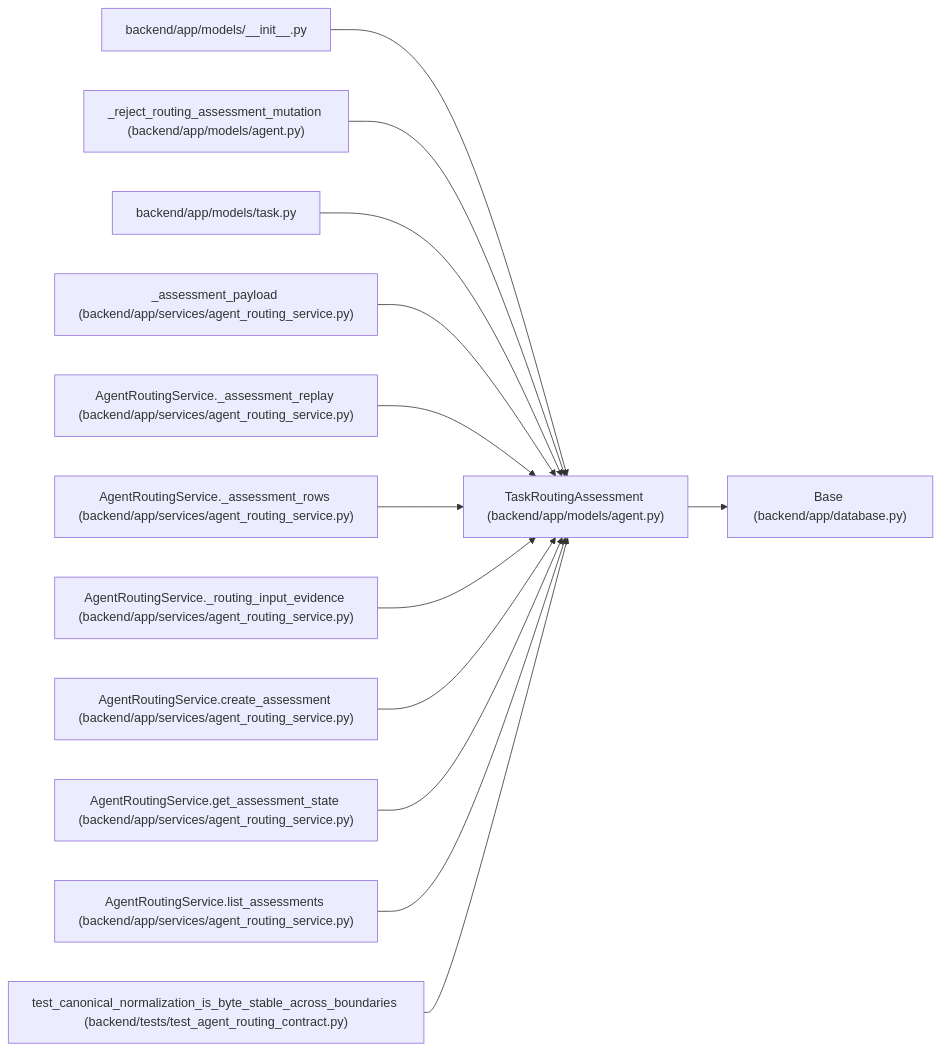
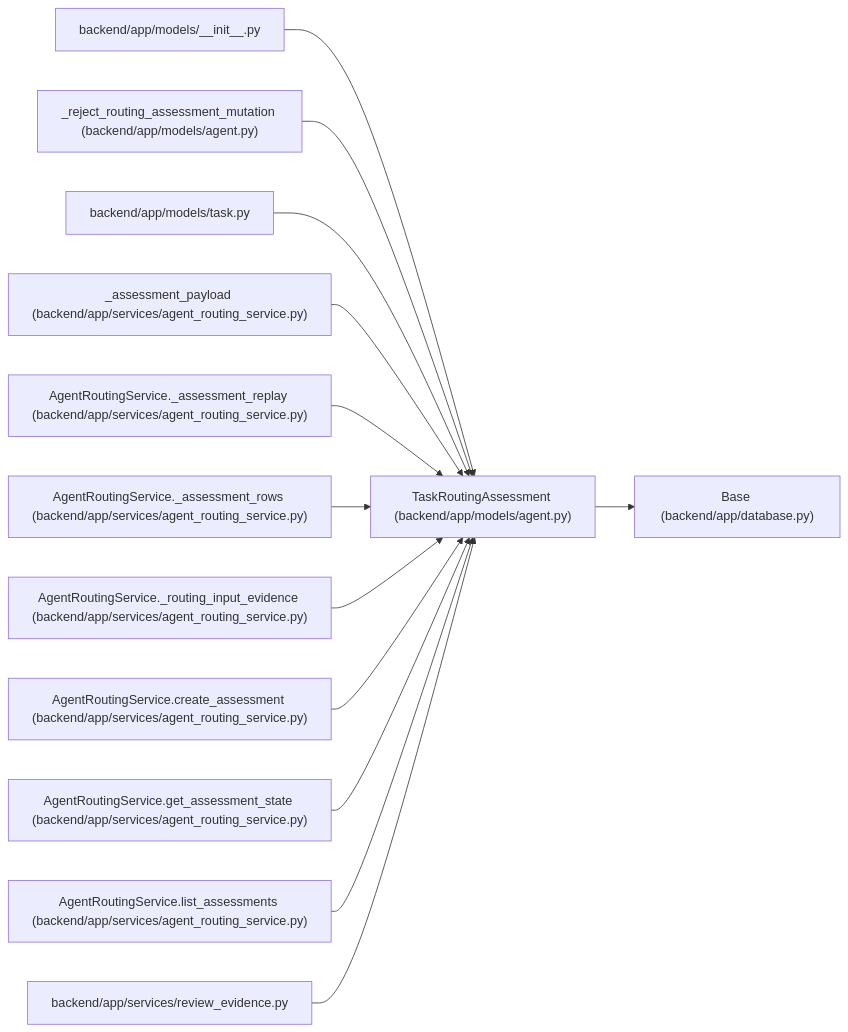
The diagram in docs/llm_wiki/entities/models_agent_TaskRoutingAssessment.md (Denissvgn/WorkChord), drawn with Mermaid before and after one commit. The commit also changed other lines of this file and 891 other files, not shown here.

Commit message:
Document candidate-bound evidence and independent review policy

````diff
--- a/docs/llm_wiki/entities/models_agent_TaskRoutingAssessment.md
+++ b/docs/llm_wiki/entities/models_agent_TaskRoutingAssessment.md
@@ -48,41 +48,41 @@
 ```mermaid
 flowchart LR
     n0["TaskRoutingAssessment (backend/app/models/agent.py)"]
     n1["Base (backend/app/database.py)"]
     n2["backend/app/models/__init__.py"]
     n3["_reject_routing_assessment_mutation (backend/app/models/agent.py)"]
     n4["backend/app/models/task.py"]
     n5["_assessment_payload (backend/app/services/agent_routing_service.py)"]
     n6["AgentRoutingService._assessment_replay (backend/app/services/agent_routing_service.py)"]
     n7["AgentRoutingService._assessment_rows (backend/app/services/agent_routing_service.py)"]
     n8["AgentRoutingService._routing_input_evidence (backend/app/services/agent_routing_service.py)"]
     n9["AgentRoutingService.create_assessment (backend/app/services/agent_routing_service.py)"]
     n10["AgentRoutingService.get_assessment_state (backend/app/services/agent_routing_service.py)"]
     n11["AgentRoutingService.list_assessments (backend/app/services/agent_routing_service.py)"]
-    n12["test_canonical_normalization_is_byte_stable_across_boundaries (backend/tests/test_agent_routing_contract.py)"]
+    n12["backend/app/services/review_evidence.py"]
     n0 --> n1
     n2 --> n0
     n3 --> n0
     n4 --> n0
     n5 --> n0
     n6 --> n0
     n7 --> n0
     n8 --> n0
     n9 --> n0
     n10 --> n0
     n11 --> n0
     n12 --> n0
     click n0 "../modules/models_agent.md"
     click n1 "../modules/app_database.md"
     click n2 "../modules/models___init__.md"
     click n3 "../modules/models_agent.md"
     click n4 "../modules/models_task.md"
     click n5 "../modules/agent_routing_service.md"
     click n6 "../modules/agent_routing_service.md"
     click n7 "../modules/agent_routing_service.md"
     click n8 "../modules/agent_routing_service.md"
     click n9 "../modules/agent_routing_service.md"
     click n10 "../modules/agent_routing_service.md"
     click n11 "../modules/agent_routing_service.md"
-    click n12 "../modules/test_agent_routing_contract.md"
+    click n12 "../modules/services_review_evidence.md"
 ```
````
